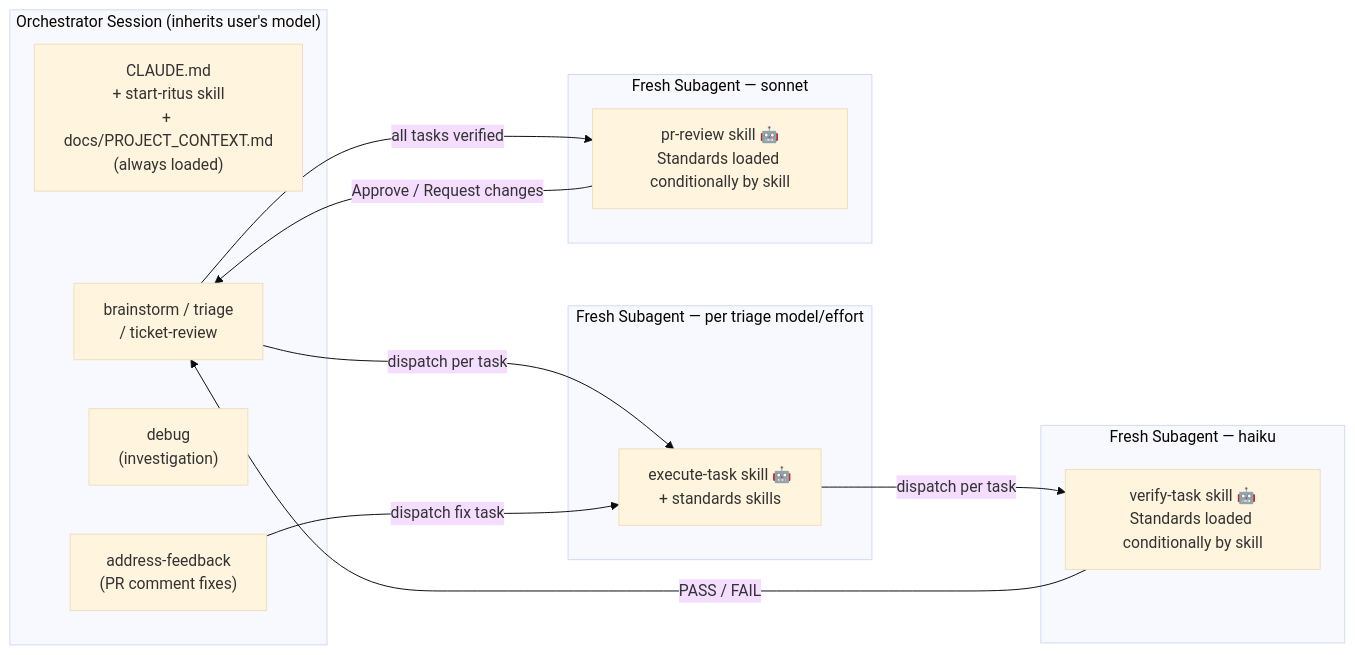
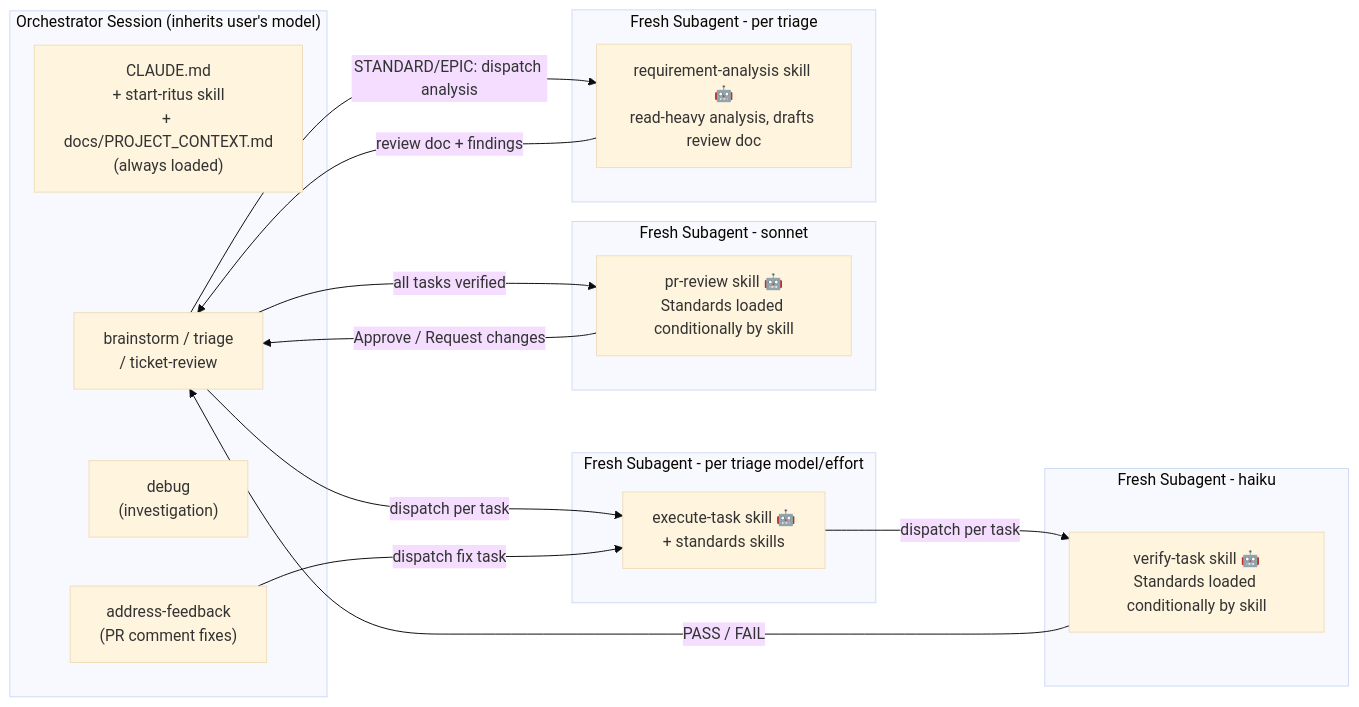
The sixth of 8 diagrams in docs/WORKFLOW_DIAGRAMS.md (precise-alloy/ritus), drawn with Mermaid (base theme) before and after one commit. The commit also changed other lines of this file and 46 other files, not shown here.

First line of the commit message:
refactor(workflow): TODO-driven dispatch, split ticket-review into requirement-analysis (#21)

````diff
--- a/docs/WORKFLOW_DIAGRAMS.md
+++ b/docs/WORKFLOW_DIAGRAMS.md
@@ -189,28 +207,34 @@
 ```mermaid
 flowchart LR
     subgraph "Orchestrator Session (inherits user's model)"
         A["CLAUDE.md\n+ start-ritus skill\n+ docs/PROJECT_CONTEXT.md\n(always loaded)"]
         B["brainstorm / triage\n/ ticket-review"]
         D["debug\n(investigation)"]
         E["address-feedback\n(PR comment fixes)"]
     end
 
-    subgraph "Fresh Subagent — per triage model/effort"
+    subgraph "Fresh Subagent - per triage model/effort"
         C["execute-task skill 🤖\n+ standards skills"]
     end
 
-    subgraph "Fresh Subagent — haiku"
+    subgraph "Fresh Subagent - haiku"
         V["verify-task skill 🤖\nStandards loaded conditionally by skill"]
     end
 
-    subgraph "Fresh Subagent — sonnet"
+    subgraph "Fresh Subagent - sonnet"
         R["pr-review skill 🤖\nStandards loaded conditionally by skill"]
     end
 
+    subgraph "Fresh Subagent - per triage"
+        RA["requirement-analysis skill 🤖\nread-heavy analysis, drafts review doc"]
+    end
+
+    B -- "STANDARD/EPIC: dispatch analysis" --> RA
+    RA -- "review doc + findings" --> B
     B -- "dispatch per task" --> C
     C -- "dispatch per task" --> V
     V -- "PASS / FAIL" --> B
     B -- "all tasks verified" --> R
     R -- "Approve / Request changes" --> B
     E -- "dispatch fix task" --> C
 ```
````
